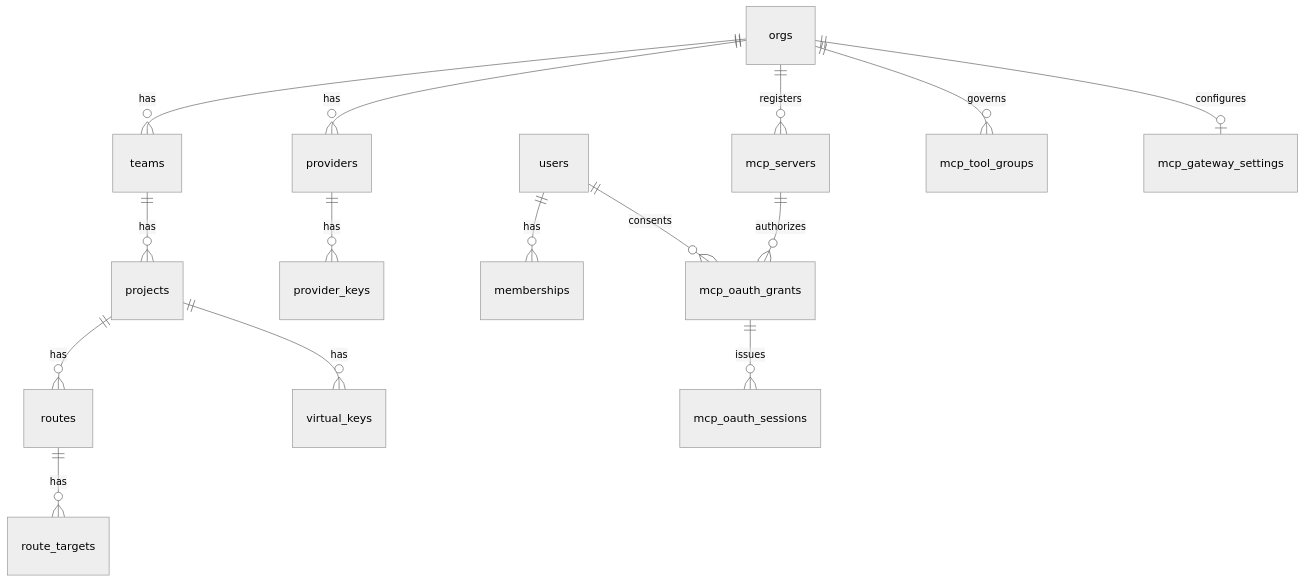
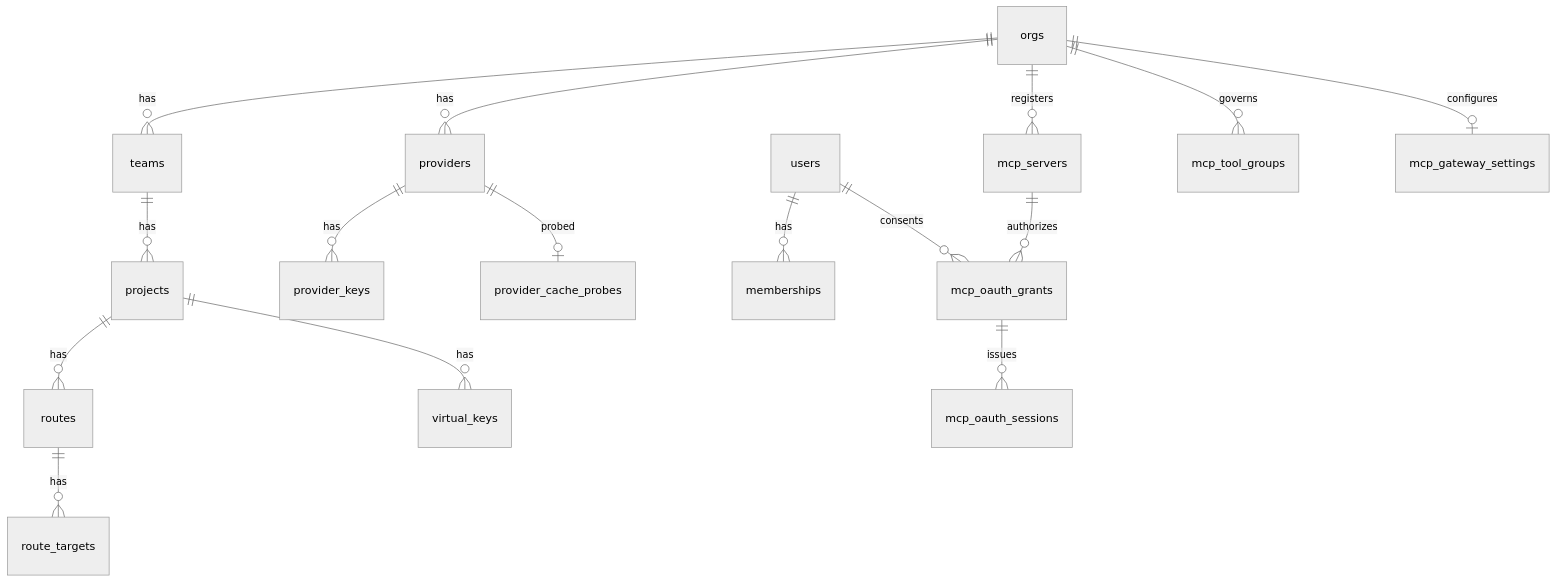
The diagram in docs/dev-docs/architecture/data-model.md (rolter-ai/rolter), drawn with Mermaid (neutral theme) before and after one commit. The commit also changed other lines of this file and 52 other files, not shown here.

First line of the commit message:
feat(control): provider cache-metrics labels, more cache-hit readers, price catalogue import [#2882, #984, #966] (#3354)

````diff
--- a/docs/dev-docs/architecture/data-model.md
+++ b/docs/dev-docs/architecture/data-model.md
@@ -7,17 +7,18 @@
 ```mermaid
 erDiagram
   orgs ||--o{ teams : has
   teams ||--o{ projects : has
   projects ||--o{ routes : has
   routes ||--o{ route_targets : has
   projects ||--o{ virtual_keys : has
   orgs ||--o{ providers : has
   providers ||--o{ provider_keys : has
+  providers ||--o| provider_cache_probes : probed
   users ||--o{ memberships : has
   orgs ||--o{ mcp_servers : registers
   users ||--o{ mcp_oauth_grants : consents
   mcp_servers ||--o{ mcp_oauth_grants : authorizes
   orgs ||--o{ mcp_tool_groups : governs
   orgs ||--o| mcp_gateway_settings : configures
   mcp_oauth_grants ||--o{ mcp_oauth_sessions : issues
 ```
````
